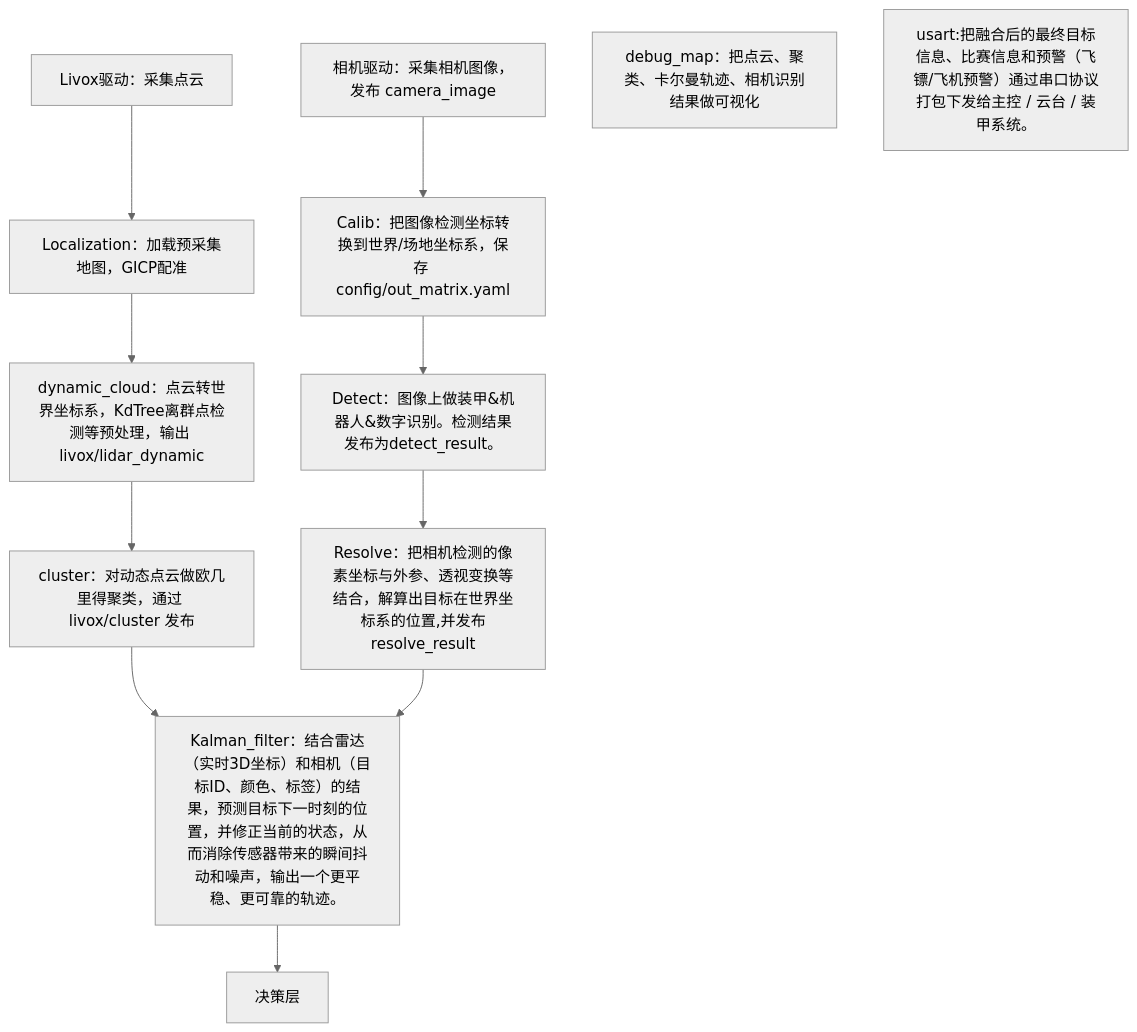
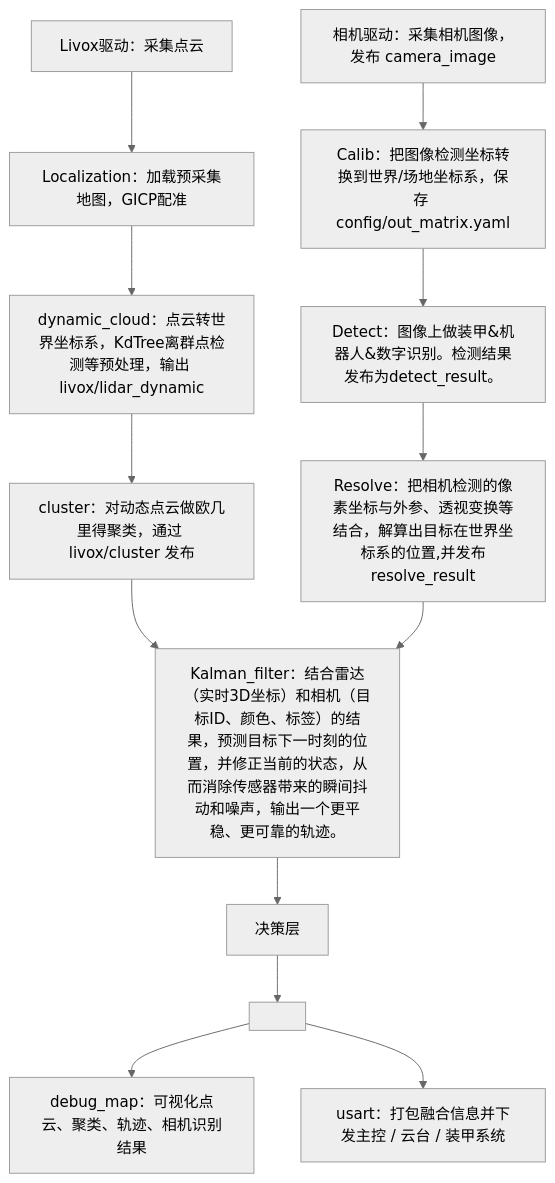
One commit to Aurovora/SRM_code changed the first of 4 diagrams in 雷达/TDTcode.md. Above: the diagram before and after it, drawn with Mermaid (neutral theme).

````diff
--- a/雷达/TDTcode.md
+++ b/雷达/TDTcode.md
@@ -7,14 +7,15 @@
 ```mermaid
 graph TD
     A["Livox驱动：采集点云"] --> B["Localization：加载预采集地图，GICP配准"]
     B --> C["dynamic_cloud：点云转世界坐标系，KdTree离群点检测等预处理，输出 livox/lidar_dynamic"]
     C --> D["cluster：对动态点云做欧几里得聚类，通过 livox/cluster 发布"]
     D --> I
     E["相机驱动：采集相机图像，发布 camera_image"]--> F["Calib：把图像检测坐标转换到世界/场地坐标系，保存 config/out_matrix.yaml"]
     F --> G["Detect：图像上做装甲&机器人&数字识别。检测结果发布为detect_result。"]
     G --> H["Resolve：把相机检测的像素坐标与外参、透视变换等结合，解算出目标在世界坐标系的位置,并发布resolve_result"]
     H --> I["Kalman_filter：结合雷达（实时3D坐标）和相机（目标ID、颜色、标签）的结果，预测目标下一时刻的位置，并修正当前的状态，从而消除传感器带来的瞬间抖动和噪声，输出一个更平稳、更可靠的轨迹。"]
     I --> L[决策层]
-    J["debug_map：把点云、聚类、卡尔曼轨迹、相机识别结果做可视化"]
-    K["usart:把融合后的最终目标信息、比赛信息和预警（飞镖/飞机预警）通过串口协议打包下发给主控 / 云台 / 装甲系统。"]
+     L --> Z[" "]:::invisible
+    Z --> J["debug_map：可视化点云、聚类、轨迹、相机识别结果"]
+    Z --> K["usart：打包融合信息并下发主控 / 云台 / 装甲系统"]
 ```
````
